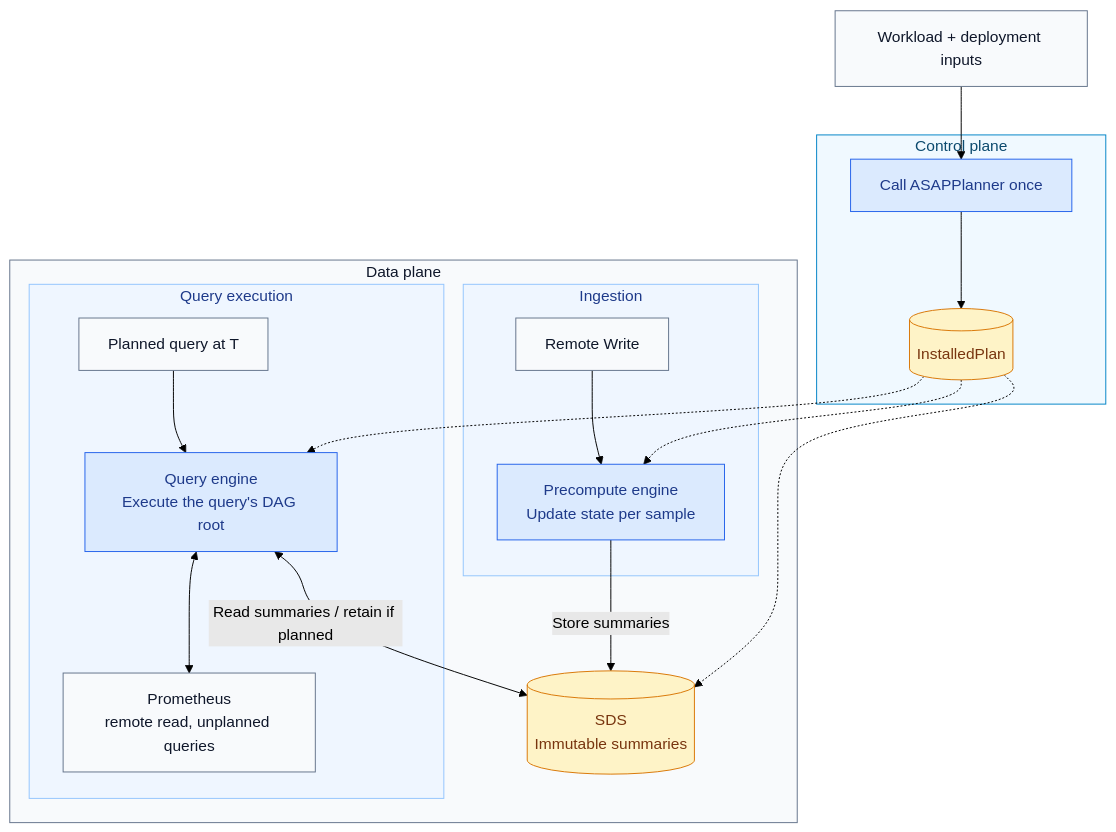
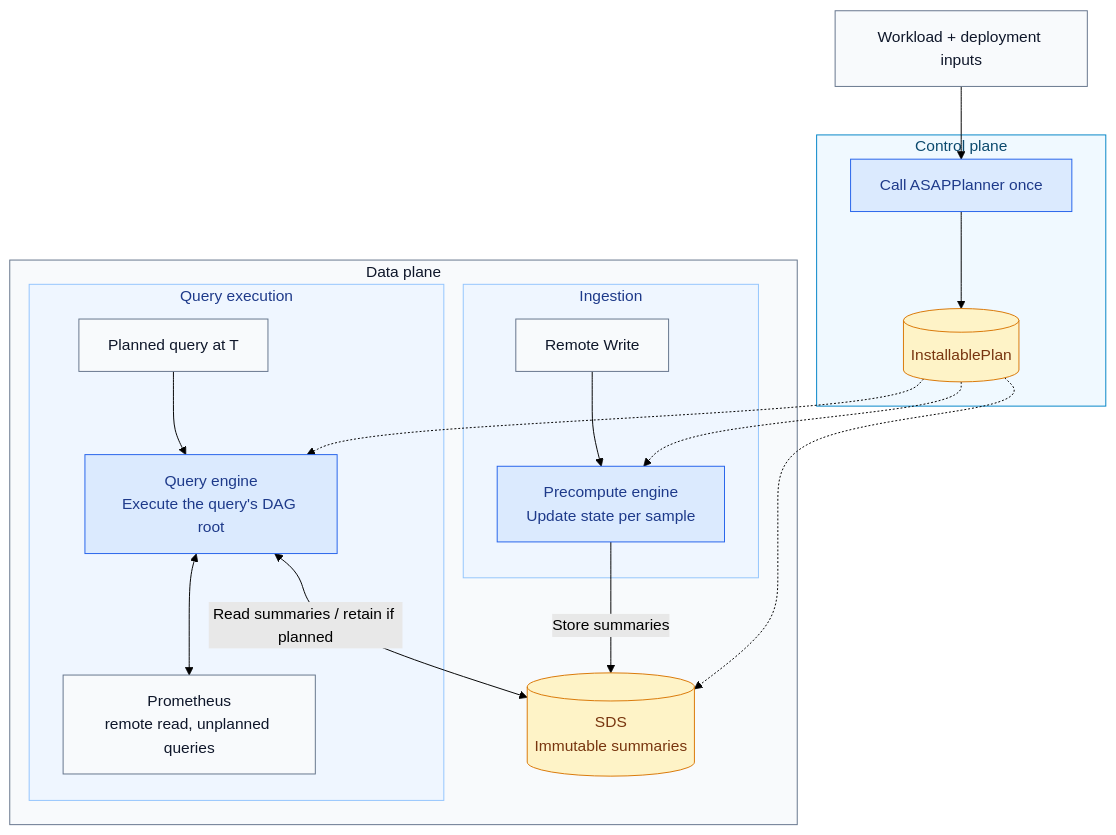
One commit to ProjectASAP/ASAPQuery-backend changed the diagram in docs/design/backend-on-planner-physical-dag.md. Above: the diagram before and after it, drawn with Mermaid (forest theme). The commit also changed other lines of this file, not shown here.

````diff
--- a/docs/design/backend-on-planner-physical-dag.md
+++ b/docs/design/backend-on-planner-physical-dag.md
@@ -11,33 +11,33 @@
 ```mermaid
 flowchart TB
   W[Workload + deployment inputs] --> PL
   subgraph CP[Control plane]
-    PL[Call ASAPPlanner once] --> P[(InstalledPlan)]
+    PL[Call ASAPPlanner once] --> P[(InstallablePlan)]
   end
   subgraph DP[Data plane]
     subgraph ING[Ingestion]
       RW[Remote Write] --> PE[Precompute engine<br/>Update state per sample]
     end
     subgraph QUERY[Query execution]
       Q[Planned query at T] --> QE[Query engine<br/>Execute the query's DAG root]
       QE <--> PROM[Prometheus<br/>remote read, unplanned queries]
     end
     PE -->|Store summaries| SDS[(SDS<br/>Immutable summaries)]
     QE <-->|Read summaries / retain if planned| SDS
   end
 
   P -.-> PE
   P -.-> QE
   P -.-> SDS
 
   classDef input fill:#f8fafc,stroke:#64748b,color:#0f172a
   classDef engine fill:#dbeafe,stroke:#2563eb,color:#1e3a8a
   classDef storage fill:#fef3c7,stroke:#d97706,color:#78350f
   class W,RW,Q,PROM input
   class PL,PE,QE engine
   class P,SDS storage
   style CP fill:#f0f9ff,stroke:#0284c7,color:#0c4a6e
   style DP fill:#f8fafc,stroke:#64748b,color:#0f172a
   style ING fill:#eff6ff,stroke:#93c5fd,color:#1e3a8a
   style QUERY fill:#eff6ff,stroke:#93c5fd,color:#1e3a8a
 ```
````
